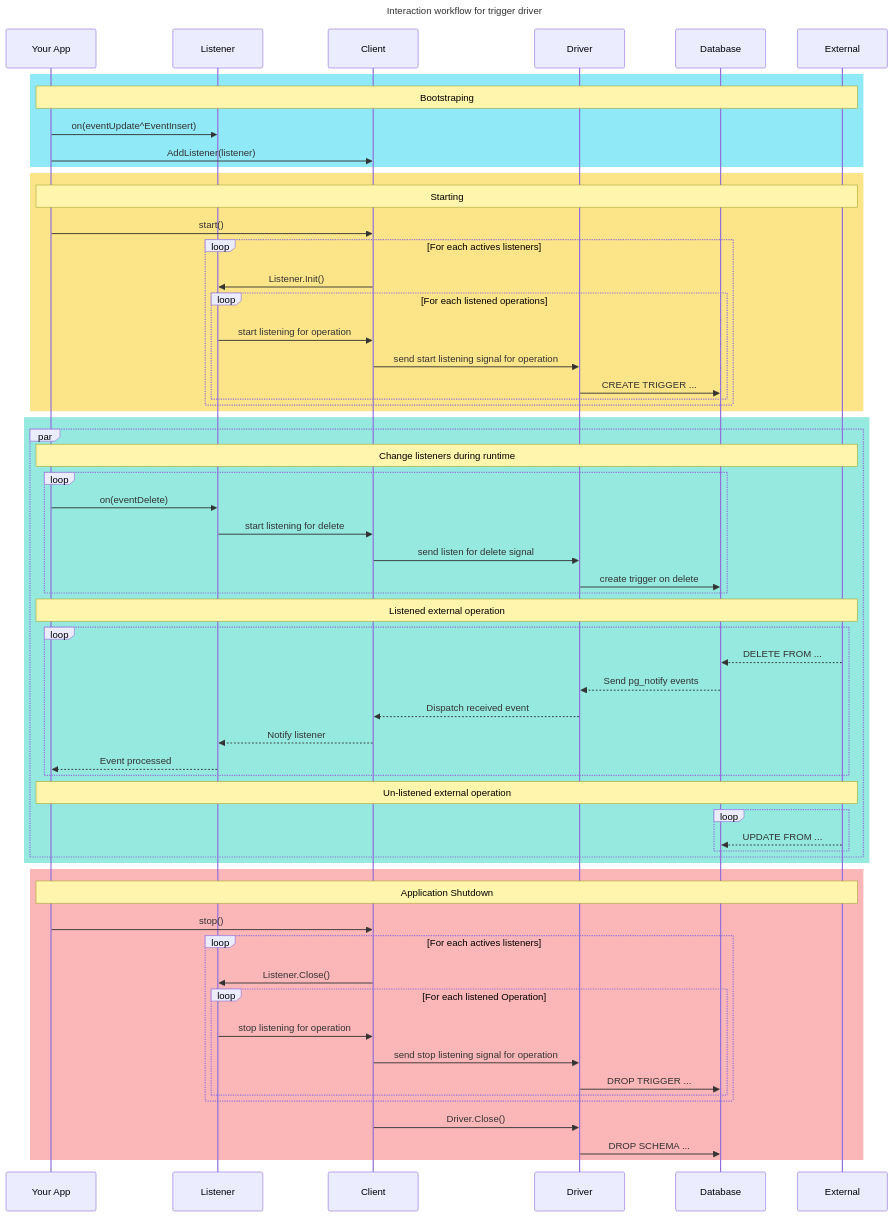
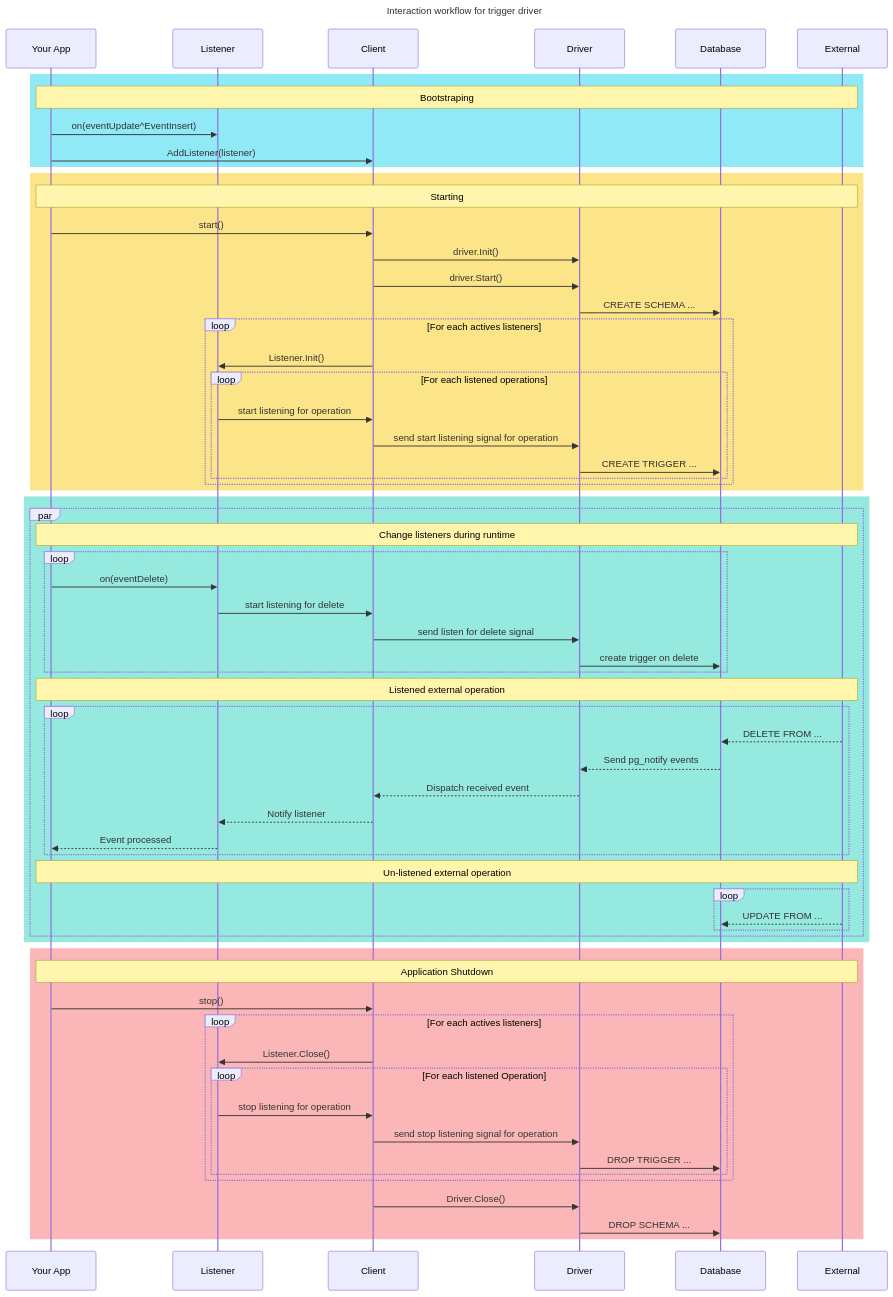
One commit to quix-labs/flash changed the diagram in pkg/drivers/trigger/WORKFLOW.md. Above: the diagram before and after it, drawn with Mermaid.

````diff
--- a/pkg/drivers/trigger/WORKFLOW.md
+++ b/pkg/drivers/trigger/WORKFLOW.md
@@ -1,67 +1,70 @@
 ```mermaid
 ---
 title: Interaction workflow for trigger driver
 legend: TEST
 ---
 sequenceDiagram
     participant Your App
     participant Listener
     participant Client
     participant Driver
     participant Database
     participant External
     rect rgba(34,211,238,0.5)
         note over Your App, External: Bootstraping
         Your App ->> Listener: on(eventUpdate^EventInsert)
         Your App ->> Client: AddListener(listener)
     end
     rect rgba(250,204,21,0.5)
         note over Your App, External: Starting
         Your App ->> Client: start()
+        Client ->> Driver: driver.Init()
+        Client ->> Driver: driver.Start()
+        Driver ->> Database: CREATE SCHEMA ...
         loop For each actives listeners
             Client ->> Listener: Listener.Init()
             loop For each listened operations
                 Listener ->> Client: start listening for operation
                 Client ->> Driver: send start listening signal for operation
                 Driver ->> Database: CREATE TRIGGER ...
             end
         end
     end
     rect rgba(45,212,191,0.5)
         par
             note over Your App, External: Change listeners during runtime
             loop
                 Your App ->> Listener: on(eventDelete)
                 Listener ->> Client: start listening for delete
                 Client ->> Driver: send listen for delete signal
                 Driver ->> Database: create trigger on delete
             end
             note over Your App, External: Listened external operation
             loop
                 External -->> Database: DELETE FROM ...
                 Database -->> Driver: Send pg_notify events
                 Driver -->> Client: Dispatch received event
                 Client -->> Listener: Notify listener
                 Listener -->> Your App: Event processed
             end
             note over Your App, External: Un-listened external operation
             loop
                 External -->> Database: UPDATE FROM ...
             end
         end
     end
     rect rgba(248,113,113,0.5)
         Note over Your App, External: Application Shutdown
         Your App ->> Client: stop()
         loop For each actives listeners
             Client ->> Listener: Listener.Close()
             loop For each listened Operation
                 Listener ->> Client: stop listening for operation
                 Client ->> Driver: send stop listening signal for operation
                 Driver ->> Database: DROP TRIGGER ...
             end
         end
         Client ->> Driver: Driver.Close()
         Driver ->> Database: DROP SCHEMA ...
     end
 ```
````
